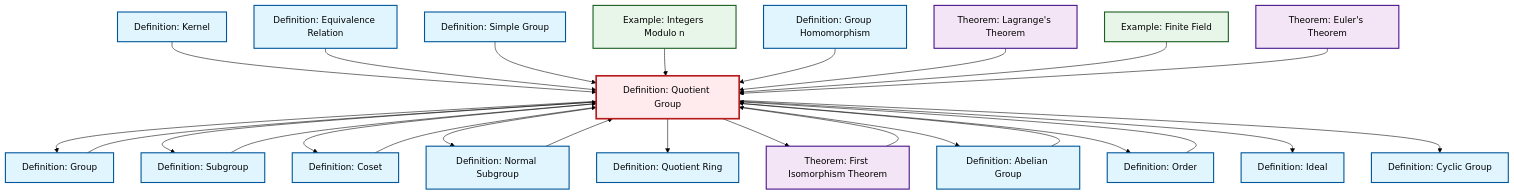
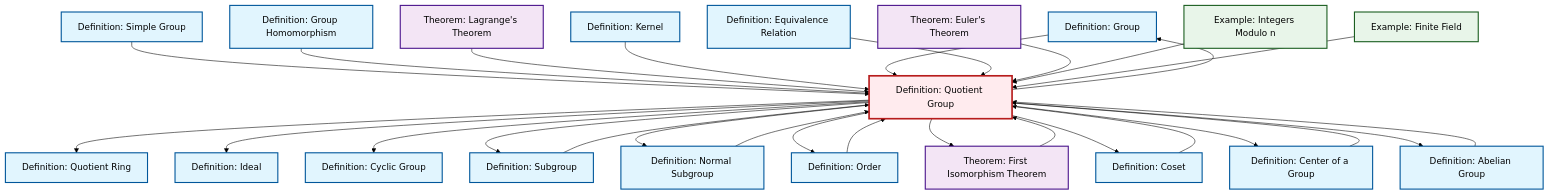
One commit to RK0429/ModernMath changed the diagram in content/en/algebra/def-quotient-group.qmd. Above: the diagram before and after it, drawn with Mermaid (forest theme). The commit also changed other lines of this file and 634 other files, not shown here.

First line of the commit message:
feat: Add prime ideal definition with comprehensive cross-references

````diff
--- a/content/en/algebra/def-quotient-group.qmd
+++ b/content/en/algebra/def-quotient-group.qmd
@@ -148,72 +149,76 @@
 ```{mermaid}
 %%| fig-cap: "Local dependency graph"
 graph TD
     classDef definition fill:#e1f5fe,stroke:#01579b,stroke-width:2px
     classDef theorem fill:#f3e5f5,stroke:#4a148c,stroke-width:2px
     classDef axiom fill:#fff3e0,stroke:#e65100,stroke-width:2px
     classDef example fill:#e8f5e9,stroke:#1b5e20,stroke-width:2px
     classDef current fill:#ffebee,stroke:#b71c1c,stroke-width:3px
-    def-ideal["Definition: Ideal"]:::definition
+    def-group["Definition: Group"]:::definition
+    def-equivalence-relation["Definition: Equivalence Relation"]:::definition
+    def-kernel["Definition: Kernel"]:::definition
+    def-abelian-group["Definition: Abelian Group"]:::definition
+    def-center-of-group["Definition: Center of a Group"]:::definition
+    def-quotient-group["Definition: Quotient Group"]:::definition
     thm-euler["Theorem: Euler's Theorem"]:::theorem
-    def-equivalence-relation["Definition: Equivalence Relation"]:::definition
-    def-quotient-ring["Definition: Quotient Ring"]:::definition
+    def-subgroup["Definition: Subgroup"]:::definition
+    def-cyclic-group["Definition: Cyclic Group"]:::definition
     def-normal-subgroup["Definition: Normal Subgroup"]:::definition
     ex-finite-field["Example: Finite Field"]:::example
-    def-cyclic-group["Definition: Cyclic Group"]:::definition
-    def-subgroup["Definition: Subgroup"]:::definition
-    ex-quotient-integers-mod-n["Example: Integers Modulo n"]:::example
+    def-ideal["Definition: Ideal"]:::definition
+    def-quotient-ring["Definition: Quotient Ring"]:::definition
+    thm-lagrange["Theorem: Lagrange's Theorem"]:::theorem
     def-simple-group["Definition: Simple Group"]:::definition
     def-order["Definition: Order"]:::definition
-    def-abelian-group["Definition: Abelian Group"]:::definition
-    thm-lagrange["Theorem: Lagrange's Theorem"]:::theorem
-    def-group["Definition: Group"]:::definition
-    def-kernel["Definition: Kernel"]:::definition
+    ex-quotient-integers-mod-n["Example: Integers Modulo n"]:::example
+    def-homomorphism["Definition: Group Homomorphism"]:::definition
+    def-coset["Definition: Coset"]:::definition
     thm-first-isomorphism["Theorem: First Isomorphism Theorem"]:::theorem
-    def-quotient-group["Definition: Quotient Group"]:::definition
-    def-coset["Definition: Coset"]:::definition
-    def-homomorphism["Definition: Group Homomorphism"]:::definition
-    thm-first-isomorphism --> def-quotient-group
+    def-simple-group --> def-quotient-group
+    def-quotient-group --> def-quotient-ring
+    def-quotient-group --> def-ideal
+    def-quotient-group --> def-cyclic-group
+    def-homomorphism --> def-quotient-group
+    thm-lagrange --> def-quotient-group
     def-kernel --> def-quotient-group
-    def-equivalence-relation --> def-quotient-group
+    def-subgroup --> def-quotient-group
     def-quotient-group --> def-group
-    def-simple-group --> def-quotient-group
-    ex-quotient-integers-mod-n --> def-quotient-group
-    def-abelian-group --> def-quotient-group
+    def-coset --> def-quotient-group
     def-quotient-group --> def-subgroup
-    def-quotient-group --> def-coset
-    def-normal-subgroup --> def-quotient-group
     def-quotient-group --> def-normal-subgroup
     def-group --> def-quotient-group
-    def-homomorphism --> def-quotient-group
-    thm-lagrange --> def-quotient-group
+    def-quotient-group --> def-order
+    def-equivalence-relation --> def-quotient-group
+    def-quotient-group --> thm-first-isomorphism
+    def-normal-subgroup --> def-quotient-group
+    thm-euler --> def-quotient-group
+    def-quotient-group --> def-coset
+    ex-quotient-integers-mod-n --> def-quotient-group
+    def-quotient-group --> def-center-of-group
     ex-finite-field --> def-quotient-group
-    def-subgroup --> def-quotient-group
+    thm-first-isomorphism --> def-quotient-group
+    def-center-of-group --> def-quotient-group
+    def-abelian-group --> def-quotient-group
+    def-quotient-group --> def-abelian-group
     def-order --> def-quotient-group
-    def-quotient-group --> def-quotient-ring
-    def-quotient-group --> thm-first-isomorphism
-    def-quotient-group --> def-abelian-group
-    def-quotient-group --> def-order
-    def-coset --> def-quotient-group
-    def-quotient-group --> def-ideal
-    thm-euler --> def-quotient-group
-    def-quotient-group --> def-cyclic-group
     class def-quotient-group current
-    click def-ideal "def-ideal.html" "Go to Ideal definition"
+    click def-group "def-group.html" "Go to Group definition"
+    click def-equivalence-relation "def-equivalence-relation.html" "Go to Equivalence Relation definition"
+    click def-kernel "def-kernel.html" "Go to Kernel definition"
+    click def-abelian-group "def-abelian-group.html" "Go to Abelian Group definition"
+    click def-center-of-group "def-center-of-group.html" "Go to Center of a Group definition"
     click thm-euler "thm-euler.html" "Go to Euler's Theorem theorem"
-    click def-equivalence-relation "def-equivalence-relation.html" "Go to Equivalence Relation definition"
-    click def-quotient-ring "def-quotient-ring.html" "Go to Quotient Ring definition"
+    click def-subgroup "def-subgroup.html" "Go to Subgroup definition"
+    click def-cyclic-group "def-cyclic-group.html" "Go to Cyclic Group definition"
     click def-normal-subgroup "def-normal-subgroup.html" "Go to Normal Subgroup definition"
     click ex-finite-field "ex-finite-field.html" "Go to Finite Field example"
-    click def-cyclic-group "def-cyclic-group.html" "Go to Cyclic Group definition"
-    click def-subgroup "def-subgroup.html" "Go to Subgroup definition"
-    click ex-quotient-integers-mod-n "ex-quotient-integers-mod-n.html" "Go to Integers Modulo n example"
+    click def-ideal "def-ideal.html" "Go to Ideal definition"
+    click def-quotient-ring "def-quotient-ring.html" "Go to Quotient Ring definition"
+    click thm-lagrange "thm-lagrange.html" "Go to Lagrange's Theorem theorem"
     click def-simple-group "def-simple-group.html" "Go to Simple Group definition"
     click def-order "def-order.html" "Go to Order definition"
-    click def-abelian-group "def-abelian-group.html" "Go to Abelian Group definition"
-    click thm-lagrange "thm-lagrange.html" "Go to Lagrange's Theorem theorem"
-    click def-group "def-group.html" "Go to Group definition"
-    click def-kernel "def-kernel.html" "Go to Kernel definition"
+    click ex-quotient-integers-mod-n "ex-quotient-integers-mod-n.html" "Go to Integers Modulo n example"
+    click def-homomorphism "def-homomorphism.html" "Go to Group Homomorphism definition"
+    click def-coset "def-coset.html" "Go to Coset definition"
     click thm-first-isomorphism "thm-first-isomorphism.html" "Go to First Isomorphism Theorem theorem"
-    click def-coset "def-coset.html" "Go to Coset definition"
-    click def-homomorphism "def-homomorphism.html" "Go to Group Homomorphism definition"
 ```
````
